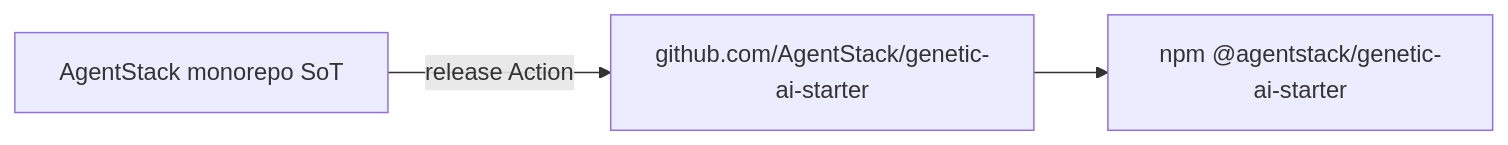
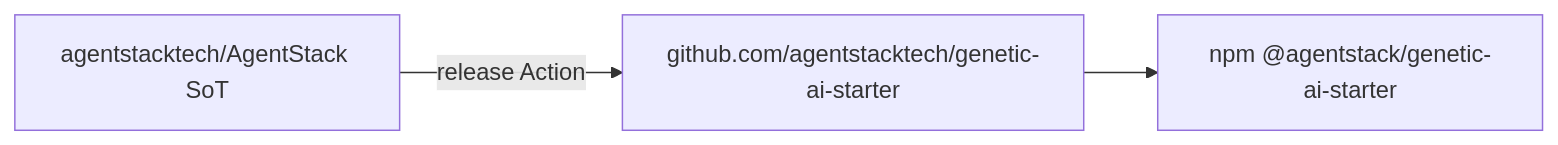
Before and after one commit to agentstacktech/genetic-ai-starter: the diagram in README.en.md, drawn with Mermaid. The commit also changed other lines of this file and 26 other files, not shown here.

````diff
--- a/README.en.md
+++ b/README.en.md
@@ -12,8 +12,8 @@
 ```mermaid
 flowchart LR
-  Mono[AgentStack monorepo SoT]
-  Mirror[github.com/AgentStack/genetic-ai-starter]
+  Mono[agentstacktech/AgentStack SoT]
+  Mirror[github.com/agentstacktech/genetic-ai-starter]
   NPM["npm @agentstack/genetic-ai-starter"]
   Mono -->|release Action| Mirror
   Mirror --> NPM
 ```
````
